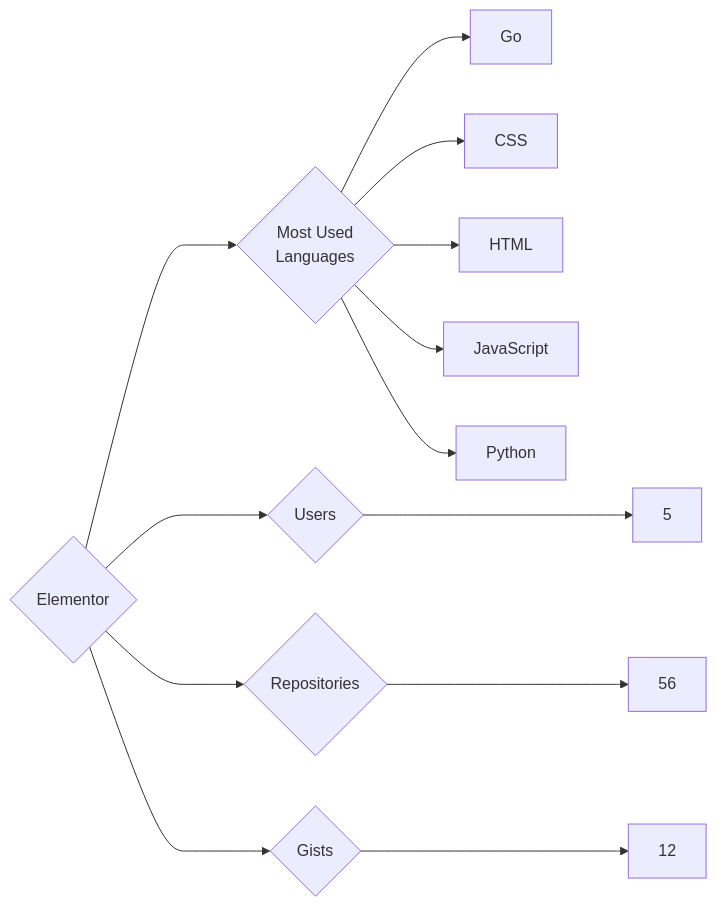
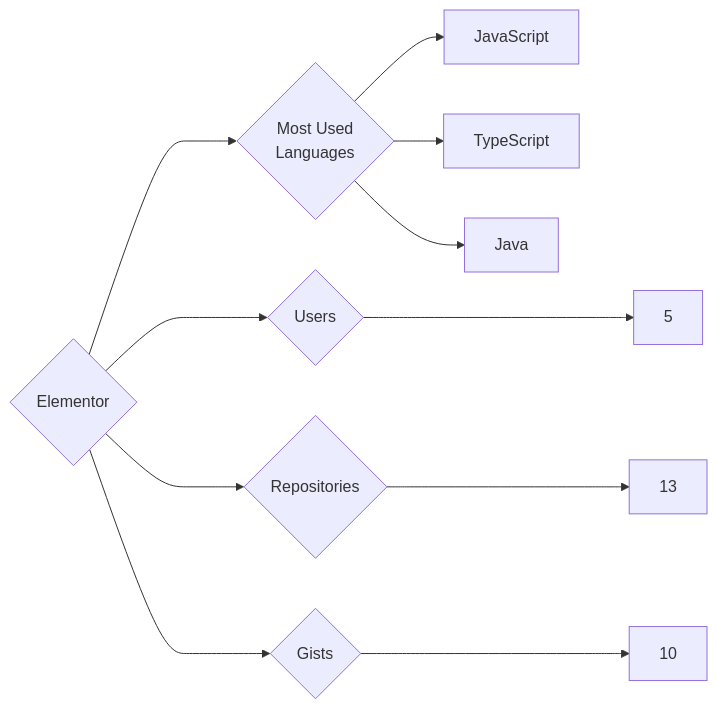
The diagram in targets/Elementor/README.md (trickest/insiders), drawn with Mermaid before and after one commit. The commit also changed 1089 other files, not shown here.

````diff
--- a/targets/Elementor/README.md
+++ b/targets/Elementor/README.md
@@ -3,13 +3,11 @@
 ```mermaid
 graph LR
 COMPANY_NAME{Elementor}
 COMPANY_NAME ---> U{Users} ---> UN[5]
-COMPANY_NAME ---> R{Repositories} ---> RN[56]
-COMPANY_NAME ---> G{Gists} ---> GN[12]
+COMPANY_NAME ---> R{Repositories} ---> RN[13]
+COMPANY_NAME ---> G{Gists} ---> GN[10]
 COMPANY_NAME ---> ML{Most Used<br>Languages}
-ML --> Go[Go]
-ML --> CSS[CSS]
-ML --> HTML[HTML]
 ML --> JavaScript[JavaScript]
-ML --> Python[Python]
+ML --> TypeScript[TypeScript]
+ML --> Java[Java]
 ```
````
